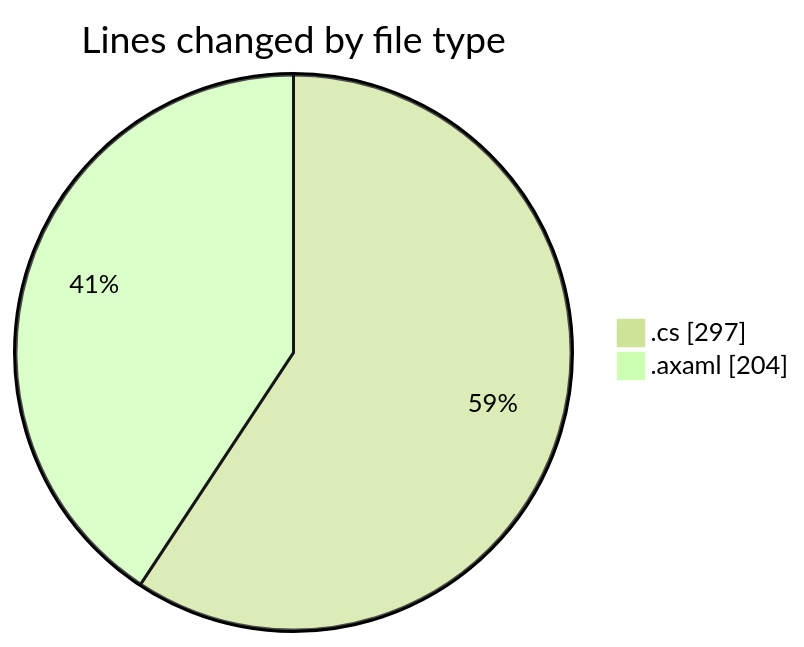
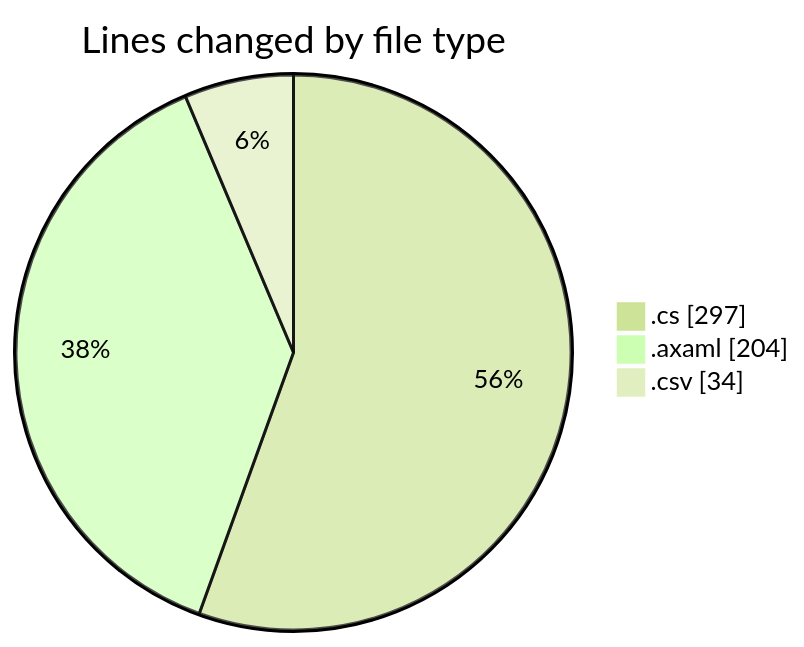
One commit to Netris89/code-tracking changed the first of 2 diagrams in 2025-10-26/skintrack/README.md. Above: the diagram before and after it, drawn with Mermaid (forest theme). The commit also changed other lines of this file and 1 other file, not shown here.

````diff
--- a/2025-10-26/skintrack/README.md
+++ b/2025-10-26/skintrack/README.md
@@ -30,6 +31,7 @@
 ```mermaid
 pie showData
 title Lines changed by file type
 ".cs" : 297
 ".axaml" : 204
+".csv" : 34
 ```
````
